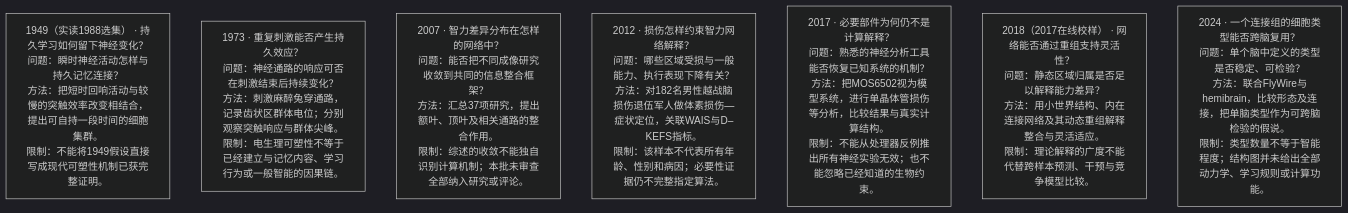
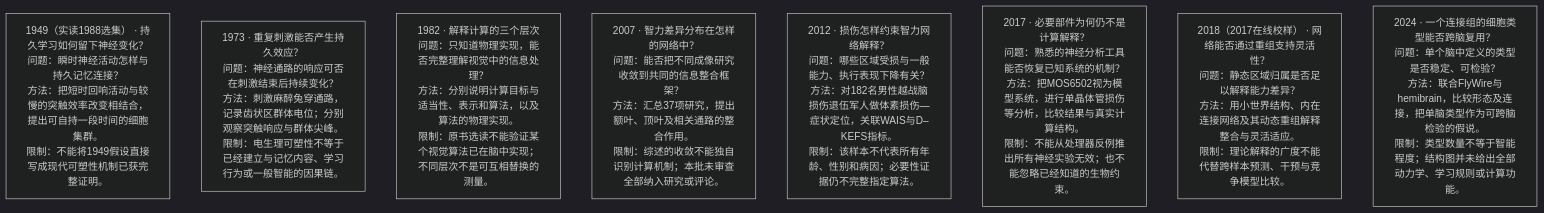
The diagram in public/research/intelligence/timelines/neuroscience/timeline.mmd (meiluosi/meiluosi.github.io), drawn with Mermaid (dark theme) before and after one commit. The commit also changed 96 other files, not shown here.

Commit message:
feat: revisit intelligence research gaps and counterarguments

```diff
--- a/public/research/intelligence/timelines/neuroscience/timeline.mmd
+++ b/public/research/intelligence/timelines/neuroscience/timeline.mmd
@@ -1,16 +1,18 @@
 flowchart TB
   %% 仅展示年代顺序；没有线不代表没有关系，点按进入原节点；古典年代未定单列。
   n0["1949（实读1988选集） · 持久学习如何留下神经变化？<br/>问题：瞬时神经活动怎样与持久记忆连接？<br/>方法：把短时回响活动与较慢的突触效率改变相结合，提出可自持一段时间的细胞集群。<br/>限制：不能将1949假设直接写成现代可塑性机制已获完整证明。"]
   click n0 "/research/intelligence/timelines/neuroscience/#e-hebb-1949"
   n1["1973 · 重复刺激能否产生持久效应？<br/>问题：神经通路的响应可否在刺激结束后持续变化？<br/>方法：刺激麻醉兔穿通路，记录齿状区群体电位；分别观察突触响应与群体尖峰。<br/>限制：电生理可塑性不等于已经建立与记忆内容、学习行为或一般智能的因果链。"]
   click n1 "/research/intelligence/timelines/neuroscience/#e-bliss-lomo-1973"
-  n2["2007 · 智力差异分布在怎样的网络中？<br/>问题：能否把不同成像研究收敛到共同的信息整合框架？<br/>方法：汇总37项研究，提出额叶、顶叶及相关通路的整合作用。<br/>限制：综述的收敛不能独自识别计算机制；本批未审查全部纳入研究或评论。"]
-  click n2 "/research/intelligence/timelines/neuroscience/#e-jung-haier-2007"
-  n3["2012 · 损伤怎样约束智力网络解释？<br/>问题：哪些区域受损与一般能力、执行表现下降有关？<br/>方法：对182名男性越战脑损伤退伍军人做体素损伤—症状定位，关联WAIS与D–KEFS指标。<br/>限制：该样本不代表所有年龄、性别和病因；必要性证据仍不完整指定算法。"]
-  click n3 "/research/intelligence/timelines/neuroscience/#e-barbey-2012"
-  n4["2017 · 必要部件为何仍不是计算解释？<br/>问题：熟悉的神经分析工具能否恢复已知系统的机制？<br/>方法：把MOS6502视为模型系统，进行单晶体管损伤等分析，比较结果与真实计算结构。<br/>限制：不能从处理器反例推出所有神经实验无效；也不能忽略已经知道的生物约束。"]
-  click n4 "/research/intelligence/timelines/neuroscience/#e-jonas-kording-2017"
-  n5["2018（2017在线校样） · 网络能否通过重组支持灵活性？<br/>问题：静态区域归属是否足以解释能力差异？<br/>方法：用小世界结构、内在连接网络及其动态重组解释整合与灵活适应。<br/>限制：理论解释的广度不能代替跨样本预测、干预与竞争模型比较。"]
-  click n5 "/research/intelligence/timelines/neuroscience/#e-barbey-2018"
-  n6["2024 · 一个连接组的细胞类型能否跨脑复用？<br/>问题：单个脑中定义的类型是否稳定、可检验？<br/>方法：联合FlyWire与hemibrain，比较形态及连接，把单脑类型作为可跨脑检验的假说。<br/>限制：类型数量不等于智能程度；结构图并未给出全部动力学、学习规则或计算功能。"]
-  click n6 "/research/intelligence/timelines/neuroscience/#e-schlegel-2024"
+  n2["1982 · 解释计算的三个层次<br/>问题：只知道物理实现，能否完整理解视觉中的信息处理？<br/>方法：分别说明计算目标与适当性、表示和算法，以及算法的物理实现。<br/>限制：原书选读不能验证某个视觉算法已在脑中实现；不同层次不是可互相替换的测量。"]
+  click n2 "/research/intelligence/timelines/neuroscience/#e-marr-1982"
+  n3["2007 · 智力差异分布在怎样的网络中？<br/>问题：能否把不同成像研究收敛到共同的信息整合框架？<br/>方法：汇总37项研究，提出额叶、顶叶及相关通路的整合作用。<br/>限制：综述的收敛不能独自识别计算机制；本批未审查全部纳入研究或评论。"]
+  click n3 "/research/intelligence/timelines/neuroscience/#e-jung-haier-2007"
+  n4["2012 · 损伤怎样约束智力网络解释？<br/>问题：哪些区域受损与一般能力、执行表现下降有关？<br/>方法：对182名男性越战脑损伤退伍军人做体素损伤—症状定位，关联WAIS与D–KEFS指标。<br/>限制：该样本不代表所有年龄、性别和病因；必要性证据仍不完整指定算法。"]
+  click n4 "/research/intelligence/timelines/neuroscience/#e-barbey-2012"
+  n5["2017 · 必要部件为何仍不是计算解释？<br/>问题：熟悉的神经分析工具能否恢复已知系统的机制？<br/>方法：把MOS6502视为模型系统，进行单晶体管损伤等分析，比较结果与真实计算结构。<br/>限制：不能从处理器反例推出所有神经实验无效；也不能忽略已经知道的生物约束。"]
+  click n5 "/research/intelligence/timelines/neuroscience/#e-jonas-kording-2017"
+  n6["2018（2017在线校样） · 网络能否通过重组支持灵活性？<br/>问题：静态区域归属是否足以解释能力差异？<br/>方法：用小世界结构、内在连接网络及其动态重组解释整合与灵活适应。<br/>限制：理论解释的广度不能代替跨样本预测、干预与竞争模型比较。"]
+  click n6 "/research/intelligence/timelines/neuroscience/#e-barbey-2018"
+  n7["2024 · 一个连接组的细胞类型能否跨脑复用？<br/>问题：单个脑中定义的类型是否稳定、可检验？<br/>方法：联合FlyWire与hemibrain，比较形态及连接，把单脑类型作为可跨脑检验的假说。<br/>限制：类型数量不等于智能程度；结构图并未给出全部动力学、学习规则或计算功能。"]
+  click n7 "/research/intelligence/timelines/neuroscience/#e-schlegel-2024"
```
